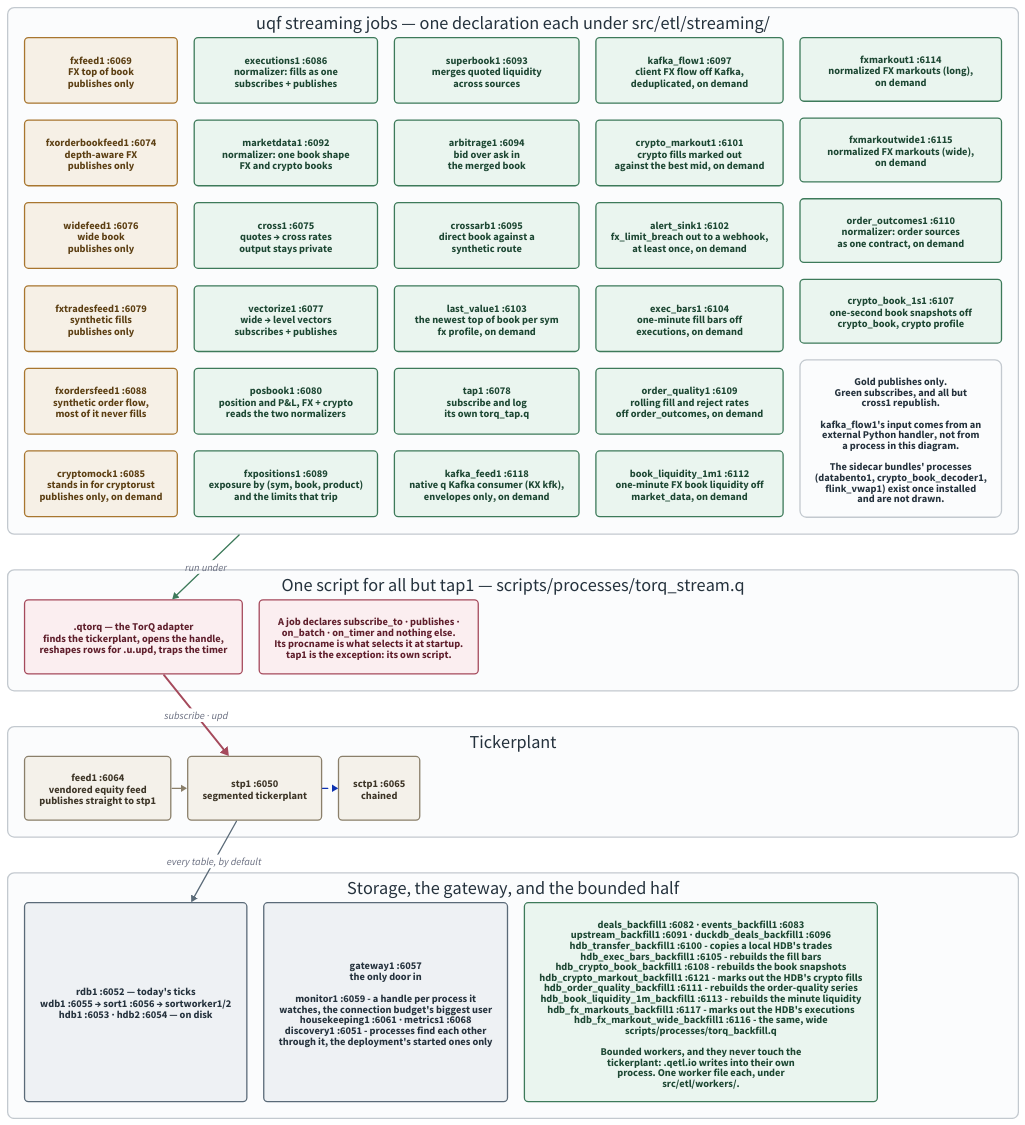
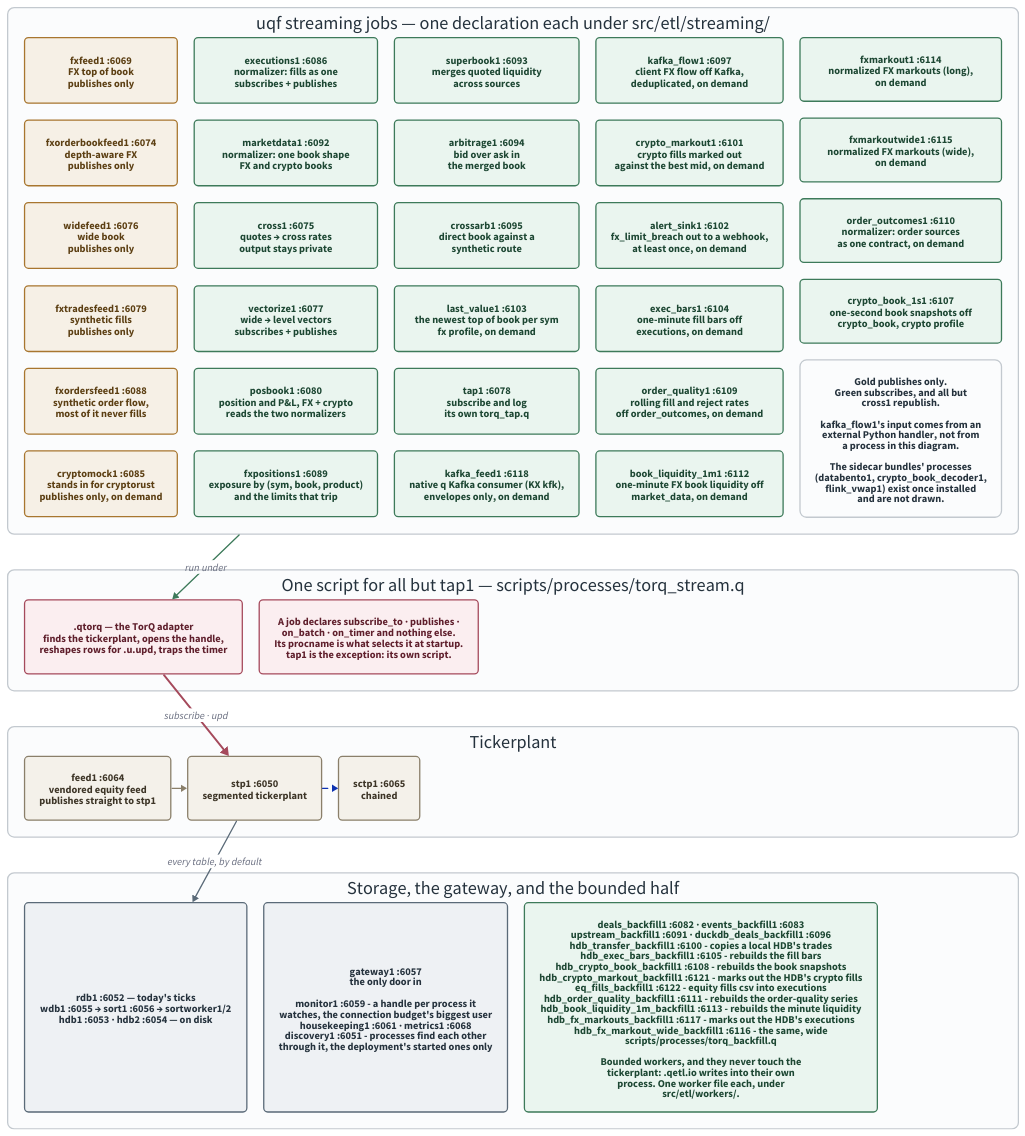
One commit to kwojdalski/uqf changed the diagram in docs/diagrams/stack-topology.d2. Above: the diagram before and after it, drawn with D2. The commit also changed 9 other files, not shown here.

First line of the commit message:
Give the fills worker its own coverage partition and a traced csv query path (part of #1981)

```diff
--- a/docs/diagrams/stack-topology.d2
+++ b/docs/diagrams/stack-topology.d2
@@ -1,177 +1,177 @@
 # stack-topology.d2 - who connects to whom over IPC in the running stack.
 #
 # Rendered by `scripts/generate/derive.py diagrams`, which CI runs with
 # --check. Embedded from docs/architecture/stack.md.
 #
 # Ports are the defaults at base 6050; every one is {KDBBASEPORT}+offset, so
 # a different base shifts them all together. The authority for the offsets
 # is docs/reference/processes.md, which is GENERATED from the
 # pipeline registry - if this diagram and that table disagree, the table is
 # right.
 # scripts/gates/check_diagram_ports.py fails the build when any `name :port`
 # label here disagrees with that authority (#1369).
 #
 # WHAT THIS SHOWS THAT THE MERMAID VERSION DID NOT (#245).
 #
 # Every uqf streaming process but tap1 runs the SAME script. Since #204 a
 # streaming job is a declaration under src/etl/streaming/ and
 # processes/torq_stream.q is the one runner; which job a process runs is
 # decided by its procname at startup. The old diagram drew a script per
 # process, which is what the stack looked like before .qetl.job.stream and is the
 # single most misleading thing about it.
 #
 # The two connection patterns are still real and still different - publish
 # only, versus an access-listed subscribe - but a job performs neither
 # itself now. .qtorq does both on its behalf, which is why the adapter is
 # drawn between the processes and the tickerplant rather than left out.
 #
 # Backfills are on here too, and were not before. They are the other half
 # of the ETL tree and they reach the tickerplant NOT AT ALL: a bounded
 # worker writes through .qetl.io into its own process, so its rows never
 # traverse stp1. Drawing them beside the streaming jobs is the point - the
 # two halves look alike in the code and take completely different paths to
 # storage.
 
 direction: down
 
 grid-rows: 4
 grid-gap: 55
 
 vars: {
   d2-config: {
     pad: 40
   }
 }
 
 # Same palette as repo-overview.d2, so the set reads as one system: light
 # fills with dark text in both themes rather than a --dark-theme pairing,
 # which d2 still applies explicit styles over (d2lang/d2#831).
 classes: {
   feed: {
     style: {
       fill: "#f6f0e6"
       stroke: "#a8762f"
       font-color: "#5c3f13"
       border-radius: 6
     }
   }
   job: {
     style: {
       fill: "#eaf5ef"
       stroke: "#3d7a5a"
       font-color: "#1d4733"
       border-radius: 6
     }
   }
   adapter: {
     style: {
       fill: "#fbeef0"
       stroke: "#a54a5c"
       font-color: "#5f1f2c"
       border-radius: 6
     }
   }
   store: {
     style: {
       fill: "#eef1f4"
       stroke: "#5a6a78"
       font-color: "#25323d"
       border-radius: 6
     }
   }
   vendored: {
     style: {
       fill: "#f4f1ea"
       stroke: "#8a7f6a"
       font-color: "#3d3527"
       border-radius: 6
     }
   }
   band: {
     style: {
       fill: "#fbfcfd"
       stroke: "#c3c9cf"
       font-color: "#25323d"
       stroke-width: 2
       border-radius: 10
     }
   }
 }
 
 jobs: "uqf streaming jobs — one declaration each under src/etl/streaming/" {
   class: band
   grid-columns: 5
   grid-gap: 26
 
   fxfeed1: "fxfeed1 :6069\nFX top of book\npublishes only" { class: feed }
   fxorderbookfeed1: "fxorderbookfeed1 :6074\ndepth-aware FX\npublishes only" { class: feed }
   widefeed1: "widefeed1 :6076\nwide book\npublishes only" { class: feed }
   fxtradesfeed1: "fxtradesfeed1 :6079\nsynthetic fills\npublishes only" { class: feed }
   fxordersfeed1: "fxordersfeed1 :6088\nsynthetic order flow,\nmost of it never fills" { class: feed }
 
   cryptomock1: "cryptomock1 :6085\nstands in for cryptorust\npublishes only, on demand" { class: feed }
   executions1: "executions1 :6086\nnormalizer: fills as one\nsubscribes + publishes" { class: job }
   marketdata1: "marketdata1 :6092\nnormalizer: one book shape\nFX and crypto books" { class: job }
 
   cross1: "cross1 :6075\nquotes → cross rates\noutput stays private" { class: job }
   vectorize1: "vectorize1 :6077\nwide → level vectors\nsubscribes + publishes" { class: job }
   posbook1: "posbook1 :6080\nposition and P&L, FX + crypto\nreads the two normalizers" { class: job }
   fxpositions1: "fxpositions1 :6089\nexposure by (sym, book, product)\nand the limits that trip" { class: job }
 
   superbook1: "superbook1 :6093\nmerges quoted liquidity\nacross sources" { class: job }
   arbitrage1: "arbitrage1 :6094\nbid over ask in\nthe merged book" { class: job }
   crossarb1: "crossarb1 :6095\ndirect book against a\nsynthetic route" { class: job }
   last_value1: "last_value1 :6103\nthe newest top of book per sym\nfx profile, on demand" { class: job }
   tap1: "tap1 :6078\nsubscribe and log\nits own torq_tap.q" { class: job }
   kafka_feed1: "kafka_feed1 :6118\nnative q Kafka consumer (KX kfk),\nenvelopes only, on demand" { class: job }
   kafka_flow1: "kafka_flow1 :6097\nclient FX flow off Kafka,\ndeduplicated, on demand" { class: job }
   crypto_markout1: "crypto_markout1 :6101\ncrypto fills marked out\nagainst the best mid, on demand" { class: job }
   alert_sink1: "alert_sink1 :6102\nfx_limit_breach out to a webhook,\nat least once, on demand" { class: job }
   exec_bars1: "exec_bars1 :6104\none-minute fill bars off\nexecutions, on demand" { class: job }
   order_quality1: "order_quality1 :6109\nrolling fill and reject rates\noff order_outcomes, on demand" { class: job }
   book_liquidity_1m1: "book_liquidity_1m1 :6112\none-minute FX book liquidity off\nmarket_data, on demand" { class: job }
   fxmarkout1: "fxmarkout1 :6114\nnormalized FX markouts (long),\non demand" { class: job }
   fxmarkoutwide1: "fxmarkoutwide1 :6115\nnormalized FX markouts (wide),\non demand" { class: job }
   order_outcomes1: "order_outcomes1 :6110\nnormalizer: order sources\nas one contract, on demand" { class: job }
   crypto_book_1s1: "crypto_book_1s1 :6107\none-second book snapshots off\ncrypto_book, crypto profile" { class: job }
   legend: "Gold publishes only.\nGreen subscribes, and all but\ncross1 republish.\n\nkafka_flow1's input comes from an\nexternal Python handler, not from\na process in this diagram.\n\nThe sidecar bundles' processes\n(databento1, crypto_book_decoder1,\nflink_vwap1) exist once installed\nand are not drawn." { class: band }
 }
 
 runner: "One script for all but tap1 — scripts/processes/torq_stream.q" {
   class: band
   grid-columns: 2
   grid-gap: 26
 
   qtorq: ".qtorq — the TorQ adapter\nfinds the tickerplant, opens the handle,\nreshapes rows for .u.upd, traps the timer" { class: adapter }
   note: "A job declares subscribe_to · publishes ·\non_batch · on_timer and nothing else.\nIts procname is what selects it at startup.\ntap1 is the exception: its own script." { class: adapter }
 }
 
 tp: "Tickerplant" {
   class: band
   grid-columns: 3
   grid-gap: 26
 
   feed1: "feed1 :6064\nvendored equity feed\npublishes straight to stp1" { class: vendored }
   stp: "stp1 :6050\nsegmented tickerplant" { class: vendored }
   sctp: "sctp1 :6065\nchained" { class: vendored }
 
   feed1 -> stp { style.stroke: "#8a7f6a" }
   stp -> sctp { style.stroke-dash: 4 }
 }
 
 downstream: "Storage, the gateway, and the bounded half" {
   class: band
   grid-columns: 3
   grid-gap: 26
 
   storage: "rdb1 :6052 — today's ticks\nwdb1 :6055 → sort1 :6056 → sortworker1/2\nhdb1 :6053 · hdb2 :6054 — on disk" { class: store }
   gw: "gateway1 :6057\nthe only door in\n\nmonitor1 :6059 - a handle per process it\nwatches, the connection budget's biggest user\nhousekeeping1 :6061 · metrics1 :6068\ndiscovery1 :6051 - processes find each other\nthrough it, the deployment's started ones only" { class: store }
-  backfills: "deals_backfill1 :6082 · events_backfill1 :6083\nupstream_backfill1 :6091 · duckdb_deals_backfill1 :6096\nhdb_transfer_backfill1 :6100 - copies a local HDB's trades\nhdb_exec_bars_backfill1 :6105 - rebuilds the fill bars\nhdb_crypto_book_backfill1 :6108 - rebuilds the book snapshots\nhdb_crypto_markout_backfill1 :6121 - marks out the HDB's crypto fills\nhdb_order_quality_backfill1 :6111 - rebuilds the order-quality series\nhdb_book_liquidity_1m_backfill1 :6113 - rebuilds the minute liquidity\nhdb_fx_markouts_backfill1 :6117 - marks out the HDB's executions\nhdb_fx_markout_wide_backfill1 :6116 - the same, wide\nscripts/processes/torq_backfill.q\n\nBounded workers, and they never touch the\ntickerplant: .qetl.io writes into their own\nprocess. One worker file each, under\nsrc/etl/workers/." { class: job }
+  backfills: "deals_backfill1 :6082 · events_backfill1 :6083\nupstream_backfill1 :6091 · duckdb_deals_backfill1 :6096\nhdb_transfer_backfill1 :6100 - copies a local HDB's trades\nhdb_exec_bars_backfill1 :6105 - rebuilds the fill bars\nhdb_crypto_book_backfill1 :6108 - rebuilds the book snapshots\nhdb_crypto_markout_backfill1 :6121 - marks out the HDB's crypto fills\neq_fills_backfill1 :6122 - equity fills csv into executions\nhdb_order_quality_backfill1 :6111 - rebuilds the order-quality series\nhdb_book_liquidity_1m_backfill1 :6113 - rebuilds the minute liquidity\nhdb_fx_markouts_backfill1 :6117 - marks out the HDB's executions\nhdb_fx_markout_wide_backfill1 :6116 - the same, wide\nscripts/processes/torq_backfill.q\n\nBounded workers, and they never touch the\ntickerplant: .qetl.io writes into their own\nprocess. One worker file each, under\nsrc/etl/workers/." { class: job }
 }
 
 jobs -> runner.qtorq: "run under" { style.stroke: "#3d7a5a" }
 runner.qtorq -> tp.stp: "subscribe · upd" {
   style.stroke: "#a54a5c"
   style.stroke-width: 3
 }
 tp.stp -> downstream.storage: "every table, by default" { style.stroke: "#5a6a78" }
```
